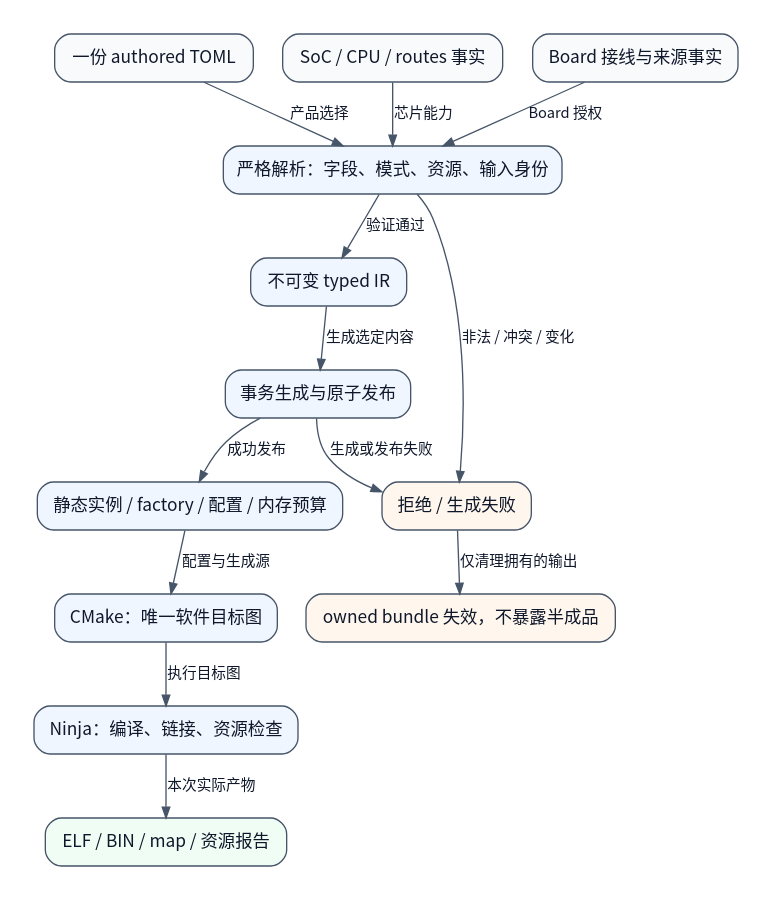
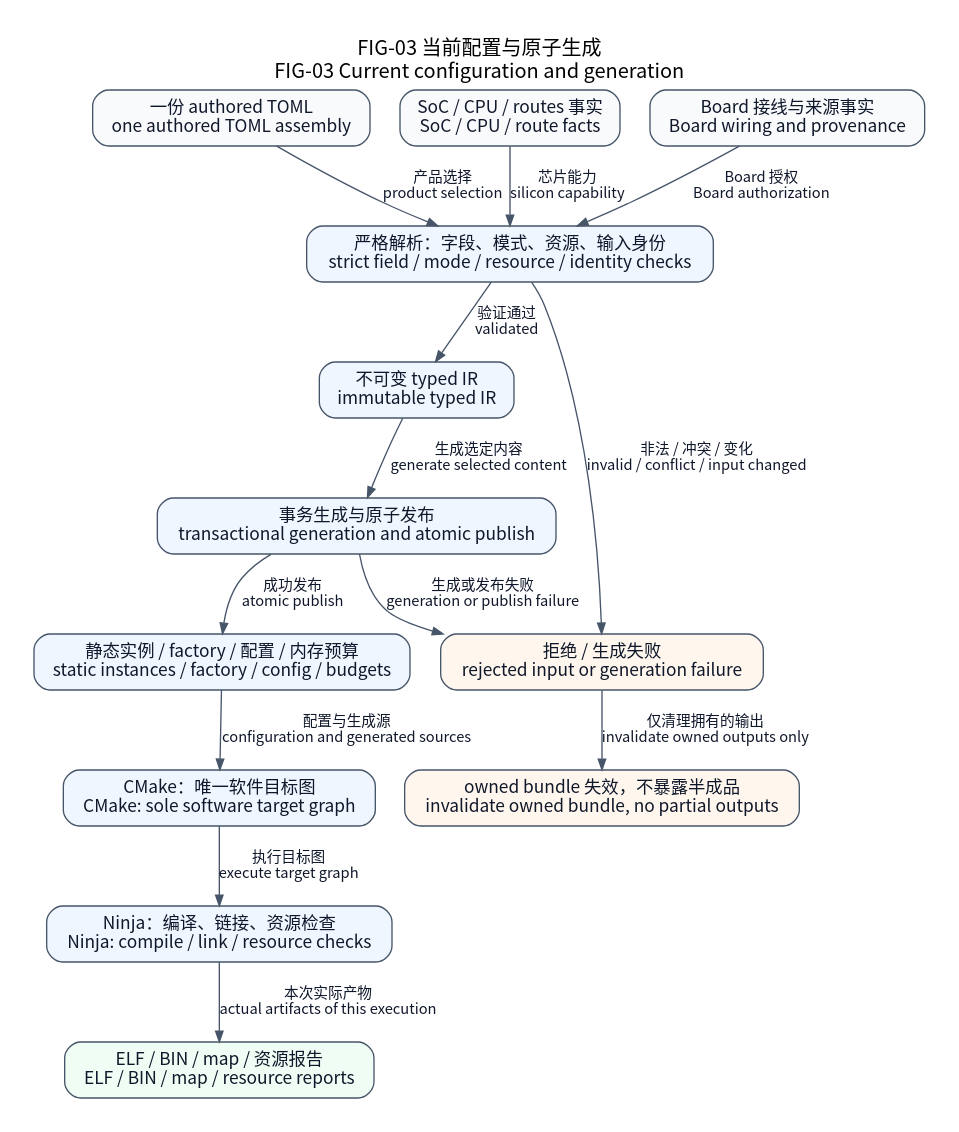
One commit to X-Gen-Lab/nexus changed the diagram in docs/assets/diagrams/configuration-generation.dot. Above: the diagram before and after it, drawn with Graphviz. The commit also changed 169 other files, not shown here.

```diff
--- a/docs/assets/diagrams/configuration-generation.dot
+++ b/docs/assets/diagrams/configuration-generation.dot
@@ -1,35 +1,35 @@
 // FIG-03 current: build-time inputs and artifacts.
-// Code basis: 929a3bd684152fc3d49717bbd51497f554e5e8d5.
+// Code basis: 0111c8d3b9c7b37d258b9c401070305b13b6f3a1.
 // Edges denote configuration/production flow, not runtime I/O.
 digraph configurationGeneration {
-    graph [rankdir=TB, bgcolor="white", pad=0.25, nodesep=0.30, ranksep=0.50];
+    graph [label="FIG-03 当前配置与原子生成\nFIG-03 Current configuration and generation", fontname="Noto Sans CJK SC", fontsize=15, labelloc=t, rankdir=TB, bgcolor="white", pad=0.25, nodesep=0.30, ranksep=0.50];
     node [shape=box, style="rounded,filled", fillcolor="#eff6ff",
           color="#475569", fontcolor="#0f172a", fontname="Noto Sans CJK SC",
           fontsize=13, margin="0.16,0.10"];
     edge [color="#475569", fontcolor="#0f172a",
           fontname="Noto Sans CJK SC", fontsize=11, arrowsize=0.8];
-    assembly [label="一份 authored TOML", fillcolor="#f8fafc"];
-    socFacts [label="SoC / CPU / routes 事实", fillcolor="#f8fafc"];
-    boardFacts [label="Board 接线与来源事实", fillcolor="#f8fafc"];
-    resolver [label="严格解析：字段、模式、资源、输入身份"];
-    typedIr [label="不可变 typed IR"];
-    bundle [label="事务生成与原子发布"];
-    outputs [label="静态实例 / factory / 配置 / 内存预算"];
-    targets [label="CMake：唯一软件目标图"];
-    ninja [label="Ninja：编译、链接、资源检查"];
-    firmware [label="ELF / BIN / map / 资源报告", fillcolor="#f0fdf4"];
-    rejected [label="拒绝 / 生成失败", fillcolor="#fff7ed"];
-    invalidated [label="owned bundle 失效，不暴露半成品", fillcolor="#fff7ed"];
-    assembly -> resolver [label="产品选择"];
-    socFacts -> resolver [label="芯片能力"];
-    boardFacts -> resolver [label="Board 授权"];
-    resolver -> typedIr [label="验证通过"];
-    typedIr -> bundle [label="生成选定内容"];
-    bundle -> outputs [label="成功发布"];
-    outputs -> targets [label="配置与生成源"];
-    targets -> ninja [label="执行目标图"];
-    ninja -> firmware [label="本次实际产物"];
-    resolver -> rejected [label="非法 / 冲突 / 变化"];
-    bundle -> rejected [label="生成或发布失败"];
-    rejected -> invalidated [label="仅清理拥有的输出"];
+    assembly [label="一份 authored TOML\none authored TOML assembly", fillcolor="#f8fafc"];
+    socFacts [label="SoC / CPU / routes 事实\nSoC / CPU / route facts", fillcolor="#f8fafc"];
+    boardFacts [label="Board 接线与来源事实\nBoard wiring and provenance", fillcolor="#f8fafc"];
+    resolver [label="严格解析：字段、模式、资源、输入身份\nstrict field / mode / resource / identity checks"];
+    typedIr [label="不可变 typed IR\nimmutable typed IR"];
+    bundle [label="事务生成与原子发布\ntransactional generation and atomic publish"];
+    outputs [label="静态实例 / factory / 配置 / 内存预算\nstatic instances / factory / config / budgets"];
+    targets [label="CMake：唯一软件目标图\nCMake: sole software target graph"];
+    ninja [label="Ninja：编译、链接、资源检查\nNinja: compile / link / resource checks"];
+    firmware [label="ELF / BIN / map / 资源报告\nELF / BIN / map / resource reports", fillcolor="#f0fdf4"];
+    rejected [label="拒绝 / 生成失败\nrejected input or generation failure", fillcolor="#fff7ed"];
+    invalidated [label="owned bundle 失效，不暴露半成品\ninvalidate owned bundle, no partial outputs", fillcolor="#fff7ed"];
+    assembly -> resolver [label="产品选择\nproduct selection"];
+    socFacts -> resolver [label="芯片能力\nsilicon capability"];
+    boardFacts -> resolver [label="Board 授权\nBoard authorization"];
+    resolver -> typedIr [label="验证通过\nvalidated"];
+    typedIr -> bundle [label="生成选定内容\ngenerate selected content"];
+    bundle -> outputs [label="成功发布\natomic publish"];
+    outputs -> targets [label="配置与生成源\nconfiguration and generated sources"];
+    targets -> ninja [label="执行目标图\nexecute target graph"];
+    ninja -> firmware [label="本次实际产物\nactual artifacts of this execution"];
+    resolver -> rejected [label="非法 / 冲突 / 变化\ninvalid / conflict / input changed"];
+    bundle -> rejected [label="生成或发布失败\ngeneration or publish failure"];
+    rejected -> invalidated [label="仅清理拥有的输出\ninvalidate owned outputs only"];
 }
```
